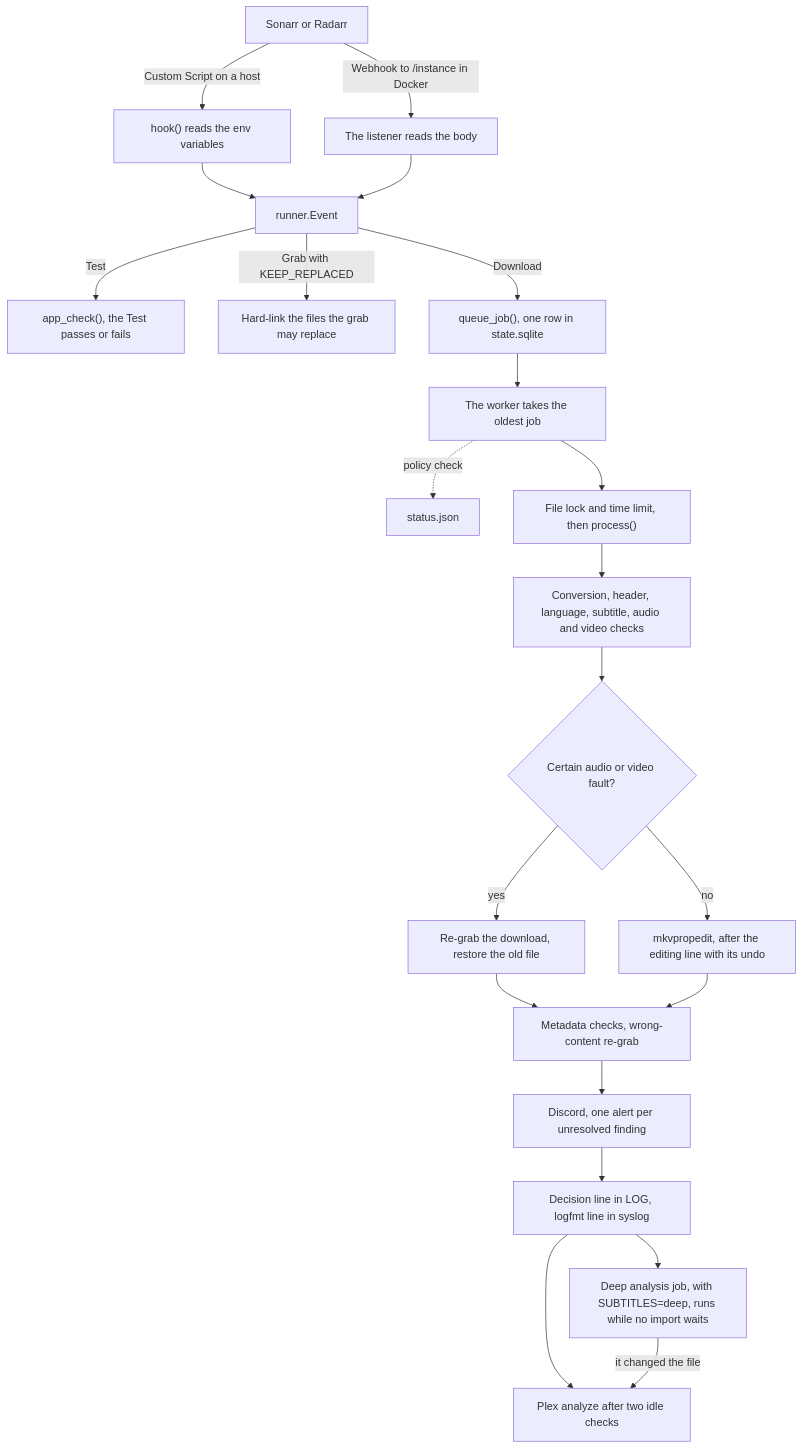
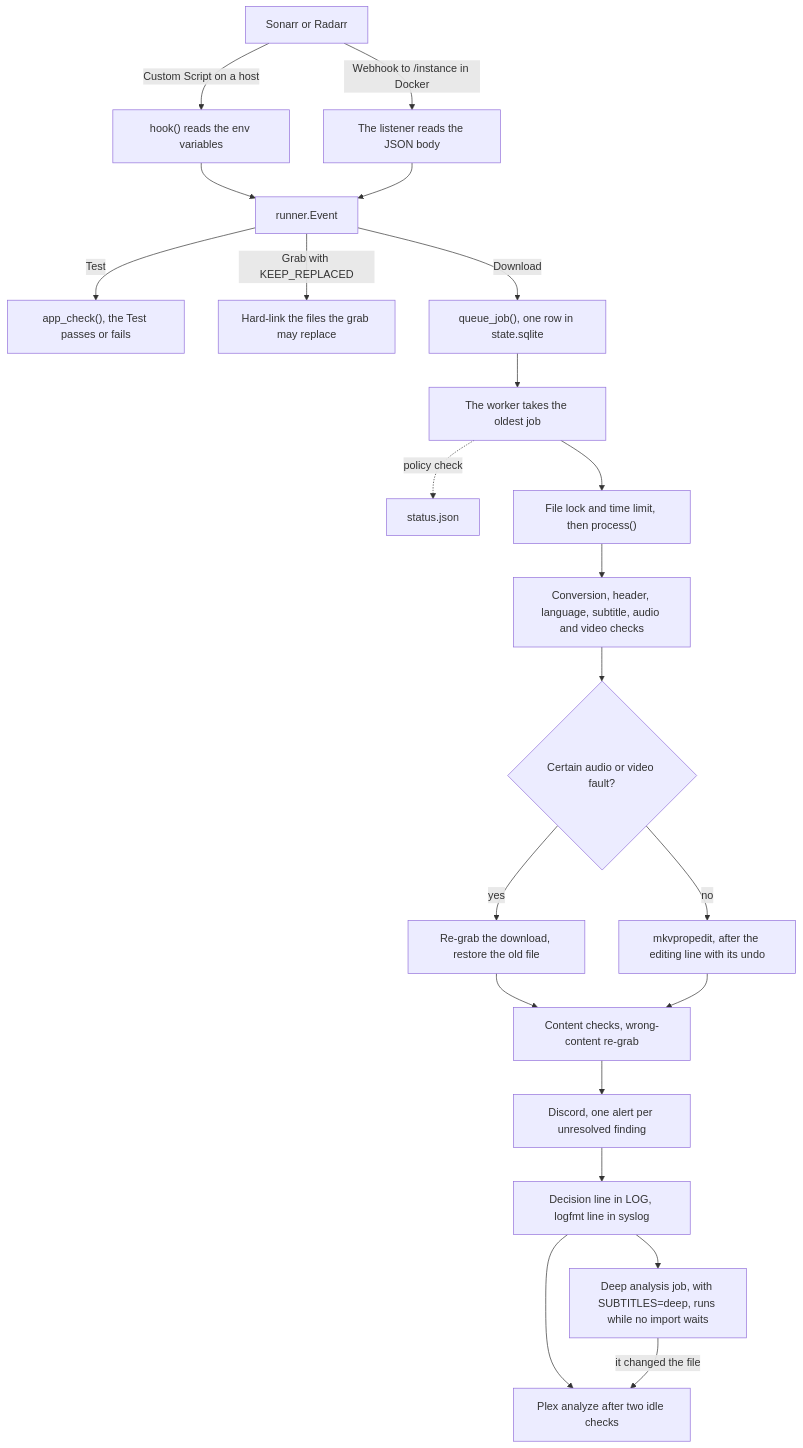
Before and after one commit to samwiseg0/arr-media-guard: the diagram in docs/how-it-works.md, drawn with Mermaid. The commit also changed other lines of this file and 13 other files, not shown here.

````diff
--- a/docs/how-it-works.md
+++ b/docs/how-it-works.md
@@ -14,25 +22,25 @@
 ```mermaid
 flowchart TD
     app["Sonarr or Radarr"]
     app -->|"Custom Script on a host"| hook["hook() reads the env variables"]
-    app -->|"Webhook to /instance in Docker"| listener["The listener reads the body"]
+    app -->|"Webhook to /instance in Docker"| listener["The listener reads the JSON body"]
     hook --> event["runner.Event"]
     listener --> event
     event -->|"Test"| test["app_check(), the Test passes or fails"]
     event -->|"Grab with KEEP_REPLACED"| keep["Hard-link the files the grab may replace"]
     event -->|"Download"| queue["queue_job(), one row in state.sqlite"]
     queue --> worker["The worker takes the oldest job"]
     worker -.->|"policy check"| status["status.json"]
     worker --> process["File lock and time limit, then process()"]
     process --> checks["Conversion, header, language, subtitle, audio and video checks"]
     checks --> fault{"Certain audio or video fault?"}
     fault -->|"yes"| regrab["Re-grab the download, restore the old file"]
     fault -->|"no"| edit["mkvpropedit, after the editing line with its undo"]
-    regrab --> meta["Metadata checks, wrong-content re-grab"]
+    regrab --> meta["Content checks, wrong-content re-grab"]
     edit --> meta
     meta --> discord["Discord, one alert per unresolved finding"]
     discord --> decision["Decision line in LOG, logfmt line in syslog"]
     decision --> plex["Plex analyze after two idle checks"]
     decision --> deep["Deep analysis job, with SUBTITLES=deep, runs while no import waits"]
     deep -->|"it changed the file"| plex
 ```
````
